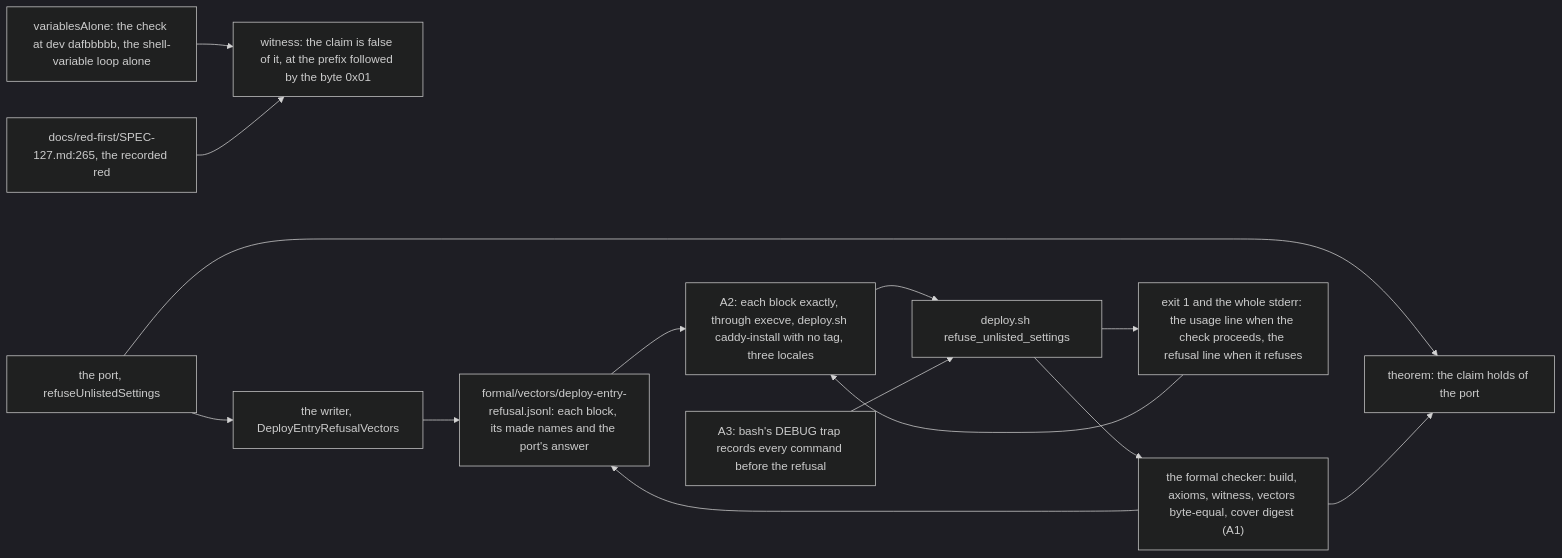
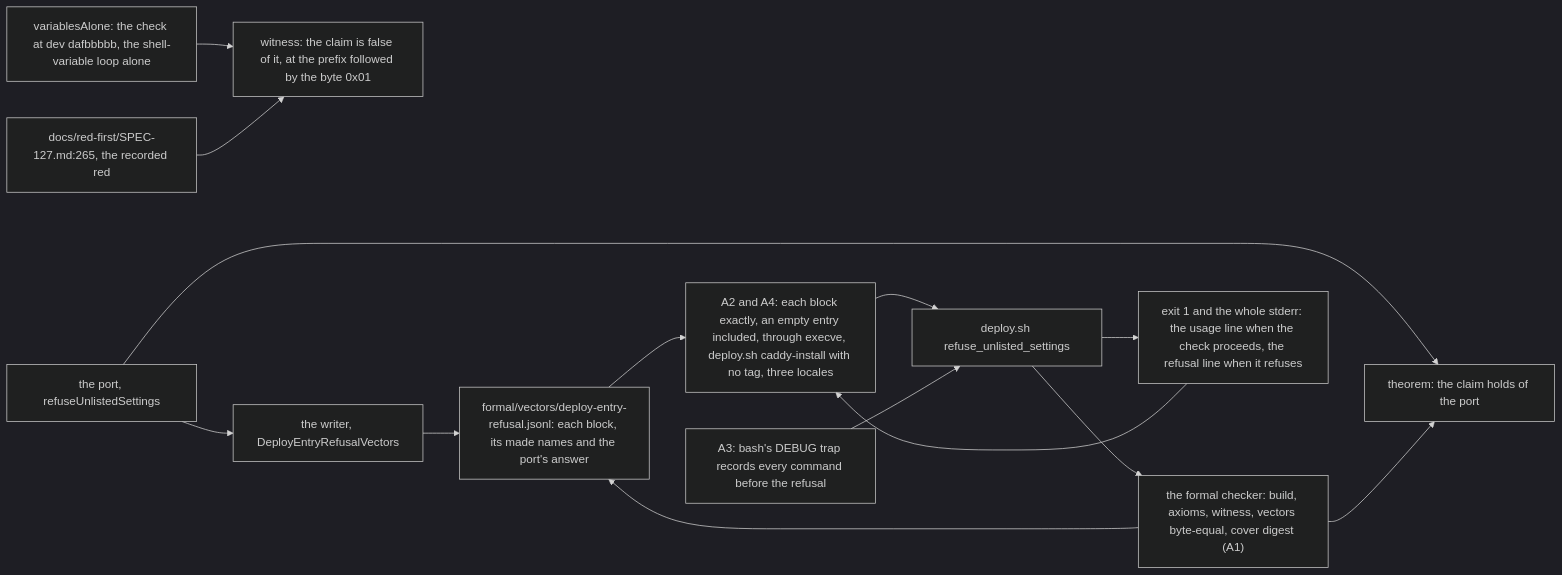
Before and after one commit to RexRenatus/deck-streak: the second of 2 diagrams in docs/schematics/the-caddy-steps-settings-check-and-its-lean-proof.md, drawn with Mermaid (dark theme). The commit also changed other lines of this file and 4 other files, not shown here.

Commit message:
docs(deploy): record the empty-entry vectors

````diff
--- a/docs/schematics/the-caddy-steps-settings-check-and-its-lean-proof.md
+++ b/docs/schematics/the-caddy-steps-settings-check-and-its-lean-proof.md
@@ -60,16 +60,16 @@
 ```mermaid
 flowchart LR
     port["the port, refuseUnlistedSettings"] --> theorem["theorem: the claim holds of the port"]
     old["variablesAlone: the check at dev dafbbbbb, the shell-variable loop alone"] --> witness["witness: the claim is false of it, at the prefix followed by the byte 0x01"]
     redrec["docs/red-first/SPEC-127.md:265, the recorded red"] --> witness
     port --> writer["the writer, DeployEntryRefusalVectors"]
     writer --> vectors["formal/vectors/deploy-entry-refusal.jsonl: each block, its made names and the port's answer"]
     checker["the formal checker: build, axioms, witness, vectors byte-equal, cover digest (A1)"] --> theorem
     checker --> vectors
     func["deploy.sh refuse_unlisted_settings"] --> checker
-    vectors --> vtest["A2: each block exactly, through execve, deploy.sh caddy-install with no tag, three locales"]
+    vectors --> vtest["A2 and A4: each block exactly, an empty entry included, through execve, deploy.sh caddy-install with no tag, three locales"]
     vtest --> func
     func --> answer["exit 1 and the whole stderr: the usage line when the check proceeds, the refusal line when it refuses"]
     answer --> vtest
     debug["A3: bash's DEBUG trap records every command before the refusal"] --> func
 ```
````
